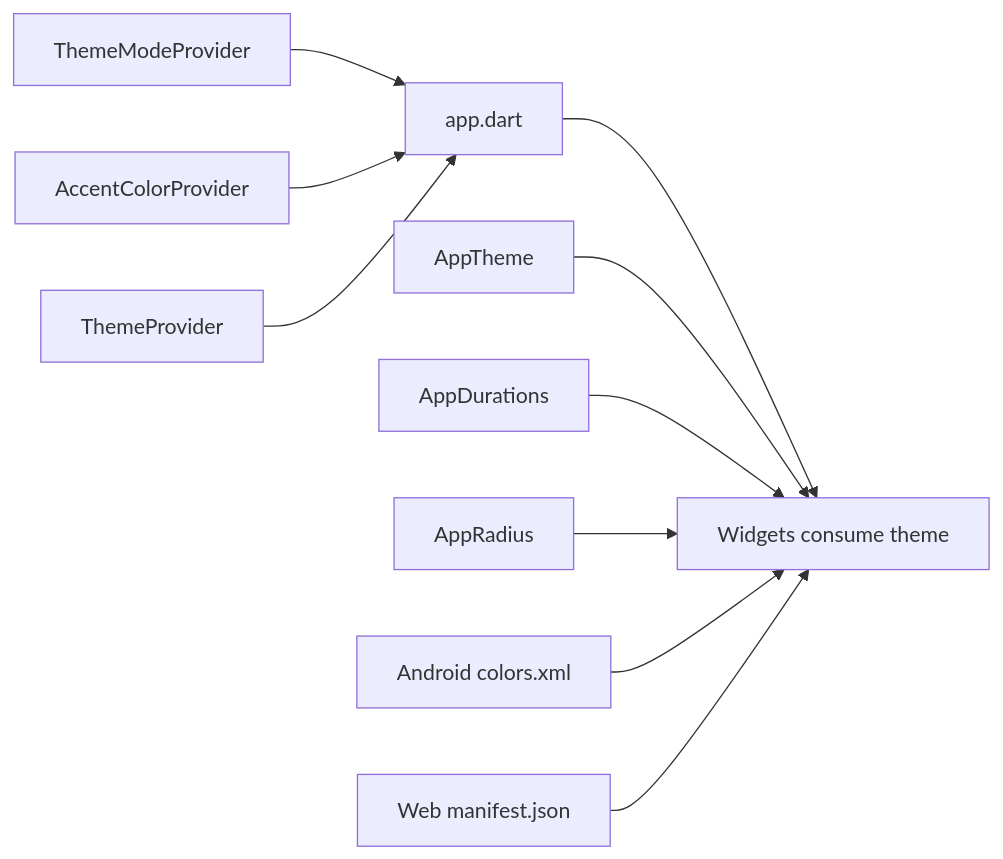
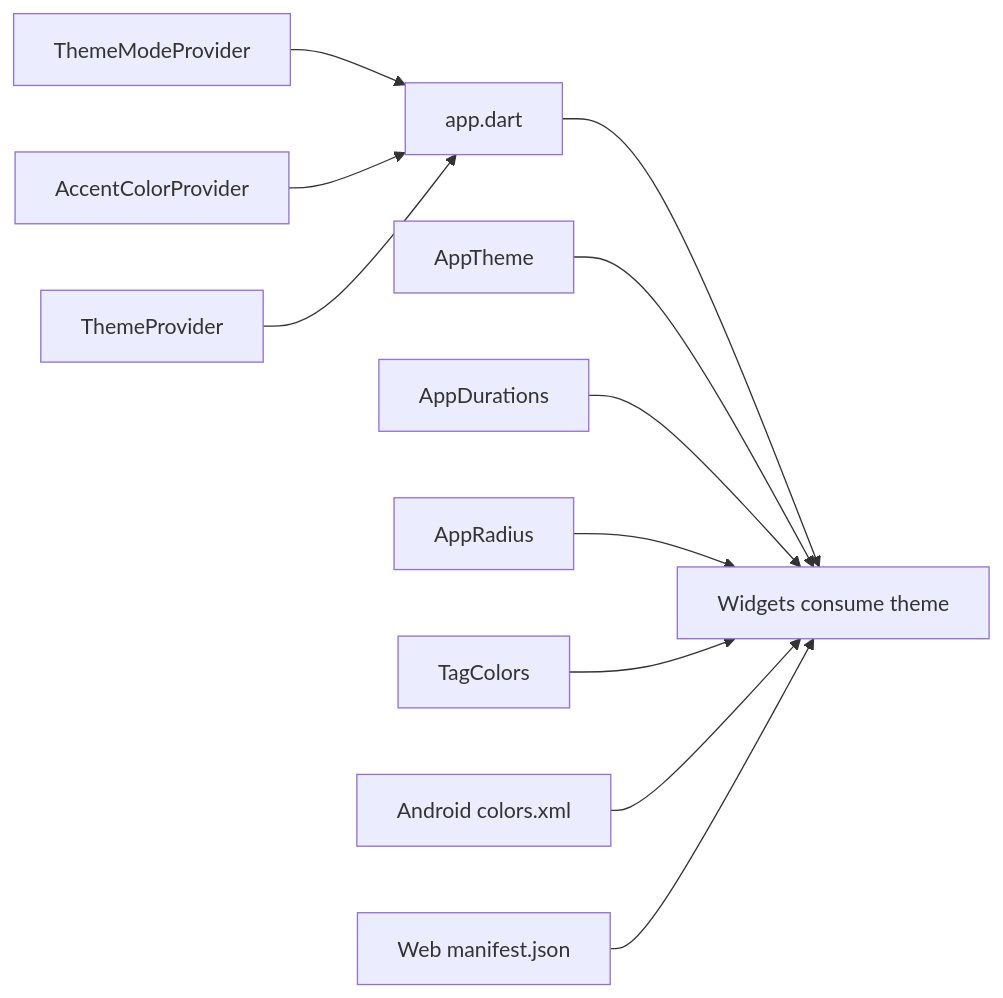
One commit to favoroo/QNote changed the fifth of 12 diagrams in .qoder/repowiki/en/content/UI Components and Pages/UI Components and Pages.md. Above: the diagram before and after it, drawn with Mermaid. The commit also changed other lines of this file and 65 other files, not shown here.

First line of the commit message:
docs: 新增项目文档与配置文件，修复AI提取与热力图问题

````diff
--- a/.qoder/repowiki/en/content/UI Components and Pages/UI Components and Pages.md
+++ b/.qoder/repowiki/en/content/UI Components and Pages/UI Components and Pages.md
@@ -279,12 +312,13 @@
 ```mermaid
 graph LR
 THEME_MODE["ThemeModeProvider"] --> APP["app.dart"]
 ACCENT_COLOR["AccentColorProvider"] --> APP
 THEME_PROVIDER["ThemeProvider"] --> APP
 APP --> WIDGETS["Widgets consume theme"]
 APP_THEME["AppTheme"] --> WIDGETS
 APP_DURATIONS["AppDurations"] --> WIDGETS
 APP_RADIUS["AppRadius"] --> WIDGETS
+TAG_COLORS["TagColors"] --> WIDGETS
 ANDROID_COLORS["Android colors.xml"] --> WIDGETS
 WEB_MANIFEST["Web manifest.json"] --> WIDGETS
 ```
````
